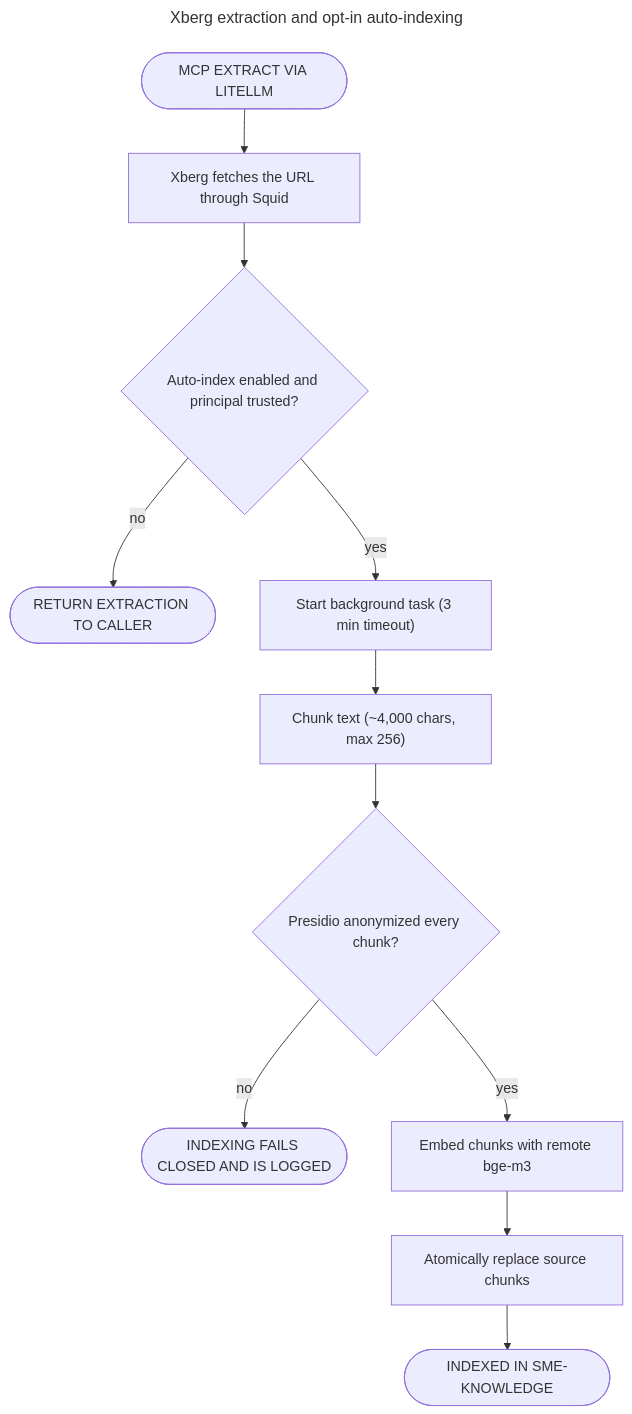
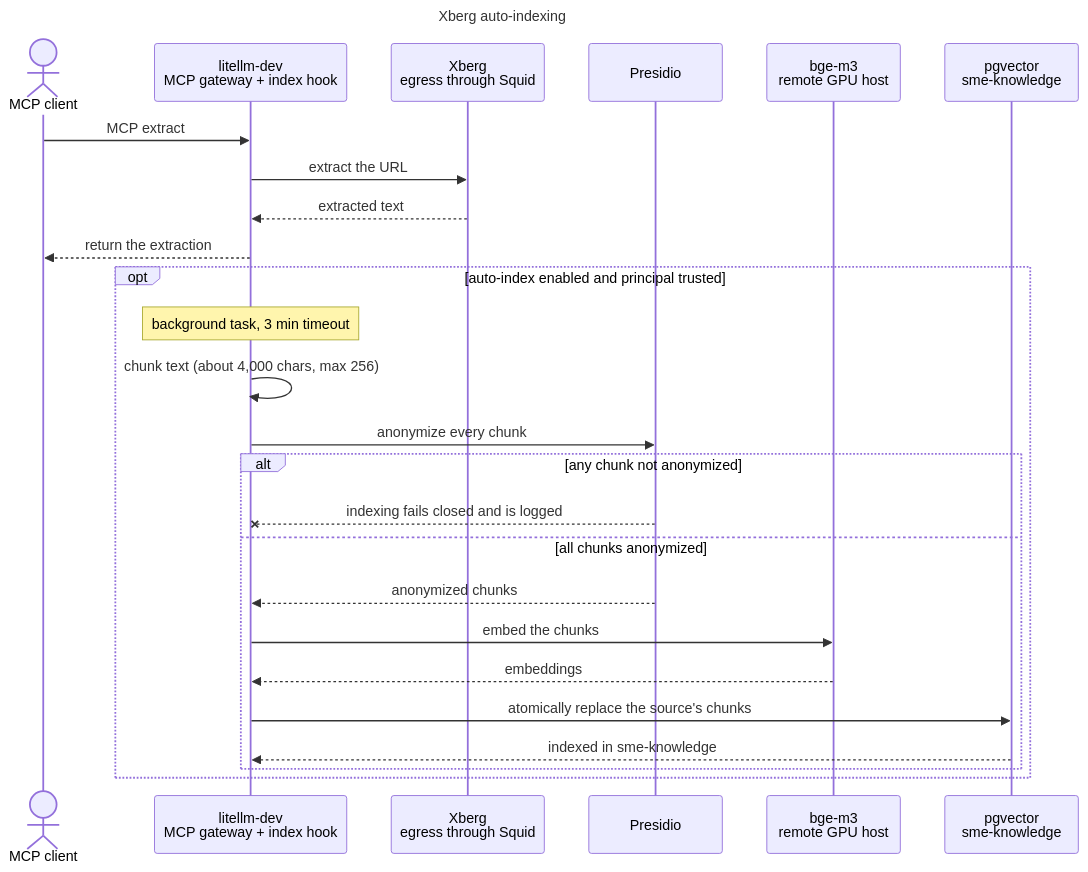
The diagram in diagrams/13-xberg-auto-index-flow.mmd (bella-1337/effective-spoon), drawn with Mermaid before and after one commit. The commit also changed 27 other files, not shown here.

First line of the commit message:
Draw the flow diagrams as animated sequence diagrams

```diff
--- a/diagrams/13-xberg-auto-index-flow.mmd
+++ b/diagrams/13-xberg-auto-index-flow.mmd
@@ -1,30 +1,35 @@
 ---
-title: Xberg extraction and opt-in auto-indexing
+title: Xberg auto-indexing
 ---
-flowchart TD
+sequenceDiagram
   %% Source for 13-xberg-auto-index-flow.html. Edit this file, then run ./scripts/render-diagrams.py.
   %% Directives: docs in diagrams/README.md (Updating diagrams).
   %% @subtitle The caller always gets the extraction; indexing into pgvector runs as a bounded background task in dev
+  %% @type security: PR
+  %% @type external: BGE
+  %% @type database: PG
+  actor C as MCP client
+  participant LL as litellm-dev<br/>MCP gateway + index hook
+  participant XB as Xberg<br/>egress through Squid
+  participant PR as Presidio
+  participant BGE as bge-m3<br/>remote GPU host
+  participant PG as pgvector<br/>sme-knowledge
 
-  S(["MCP EXTRACT VIA LITELLM"])
-  FETCH["Xberg fetches the URL through Squid"]
-  EN{"Auto-index enabled and principal trusted?"}
-  RET(["RETURN EXTRACTION TO CALLER"])
-  BG["Start background task (3 min timeout)"]
-  CH["Chunk text (~4,000 chars, max 256)"]
-  RED{"Presidio anonymized every chunk?"}
-  SKIP(["INDEXING FAILS CLOSED AND IS LOGGED"])
-  EMB["Embed chunks with remote bge-m3"]
-  UP["Atomically replace source chunks"]
-  E(["INDEXED IN SME-KNOWLEDGE"])
-
-  S --> FETCH
-  FETCH --> EN
-  EN -->|"no"| RET
-  EN -->|"yes"| BG
-  BG --> CH
-  CH --> RED
-  RED -->|"no"| SKIP
-  RED -->|"yes"| EMB
-  EMB --> UP
-  UP --> E
+  C->>LL: MCP extract
+  LL->>XB: extract the URL
+  XB-->>LL: extracted text
+  LL-->>C: return the extraction
+  opt auto-index enabled and principal trusted
+    Note over LL: background task, 3 min timeout
+    LL->>LL: chunk text (about 4,000 chars, max 256)
+    LL->>PR: anonymize every chunk
+    alt any chunk not anonymized
+      PR--xLL: indexing fails closed and is logged
+    else all chunks anonymized
+      PR-->>LL: anonymized chunks
+      LL->>BGE: embed the chunks
+      BGE-->>LL: embeddings
+      LL->>PG: atomically replace the source's chunks
+      PG-->>LL: indexed in sme-knowledge
+    end
+  end
```
